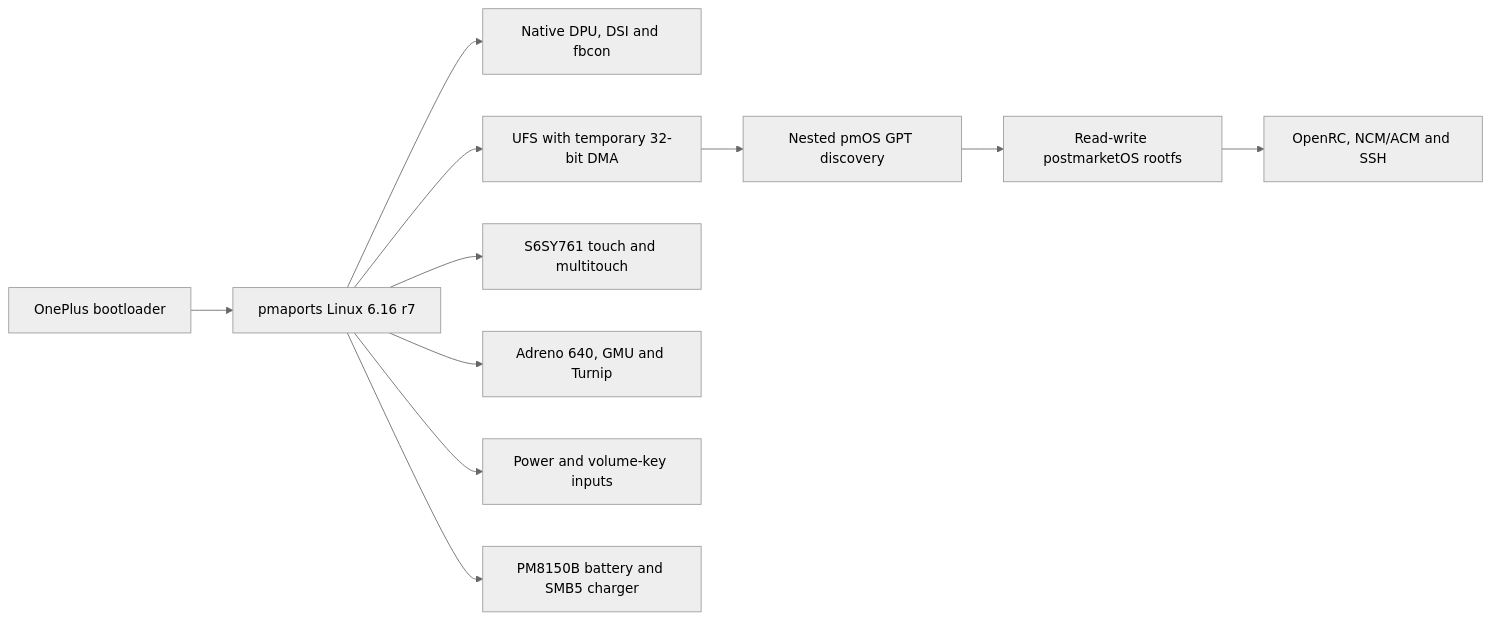
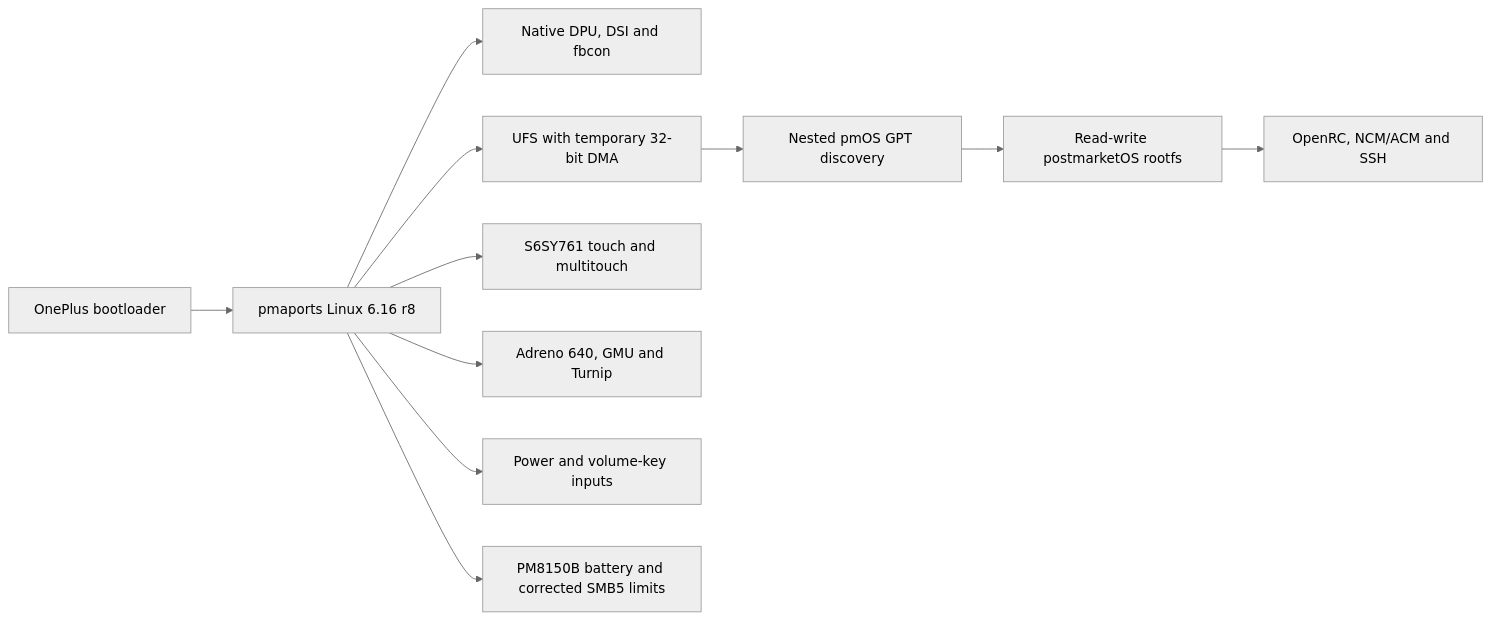
Before and after one commit to Sr-0w/hotdog-linux-bringup: the diagram in README.md, drawn with Mermaid (neutral theme). The commit also changed other lines of this file and 8 other files, not shown here.

Commit message:
power: program generation-specific SMB5 limits

````diff
--- a/README.md
+++ b/README.md
@@ -152,13 +165,13 @@
 ```mermaid
 flowchart LR
-    A["OnePlus bootloader"] --> B["pmaports Linux 6.16 r7"]
+    A["OnePlus bootloader"] --> B["pmaports Linux 6.16 r8"]
     B --> C["Native DPU, DSI and fbcon"]
     B --> D["UFS with temporary 32-bit DMA"]
     D --> E["Nested pmOS GPT discovery"]
     E --> F["Read-write postmarketOS rootfs"]
     F --> G["OpenRC, NCM/ACM and SSH"]
     B --> H["S6SY761 touch and multitouch"]
     B --> I["Adreno 640, GMU and Turnip"]
     B --> J["Power and volume-key inputs"]
-    B --> K["PM8150B battery and SMB5 charger"]
+    B --> K["PM8150B battery and corrected SMB5 limits"]
 ```
````
